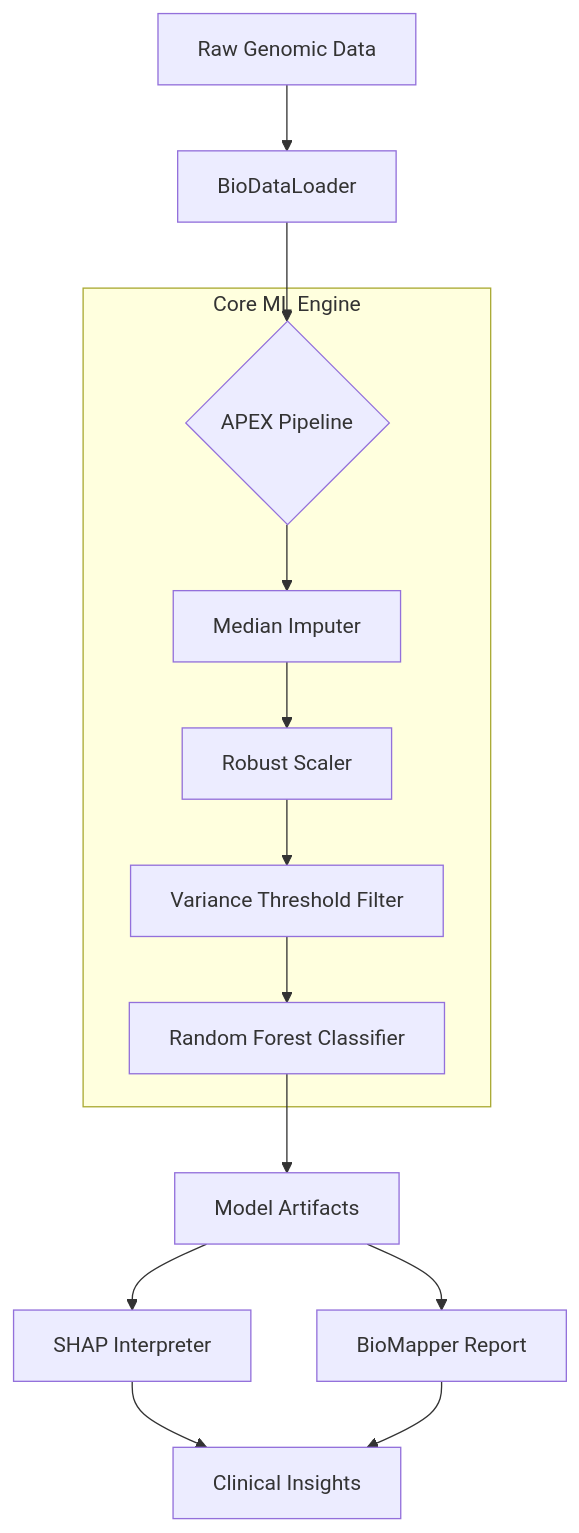
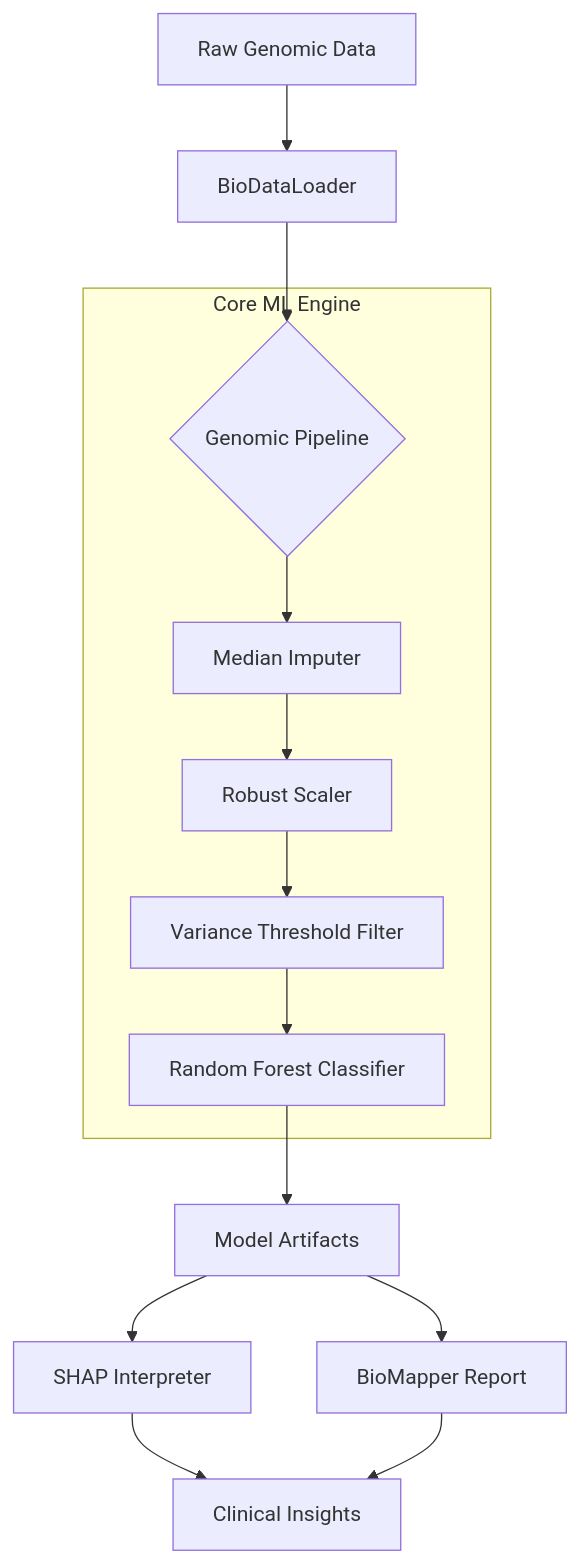
Before and after one commit to fs0cietyx/CytoGraph-ML: the diagram in README.md, drawn with Mermaid. The commit also changed other lines of this file, not shown here.

Commit message:
docs: rebrand to CytoGraph-ML and remove APEX terminology

````diff
--- a/README.md
+++ b/README.md
@@ -27,16 +27,16 @@
 ```mermaid
 graph TD
     A[Raw Genomic Data] --> B[BioDataLoader]
-    B --> C{APEX Pipeline}
+    B --> C{Genomic Pipeline}
     subgraph "Core ML Engine"
     C --> D[Median Imputer]
     D --> E[Robust Scaler]
     E --> F[Variance Threshold Filter]
     F --> G[Random Forest Classifier]
     end
     G --> H[Model Artifacts]
     H --> I[SHAP Interpreter]
     H --> J[BioMapper Report]
     I --> K[Clinical Insights]
     J --> K
 ```
````
